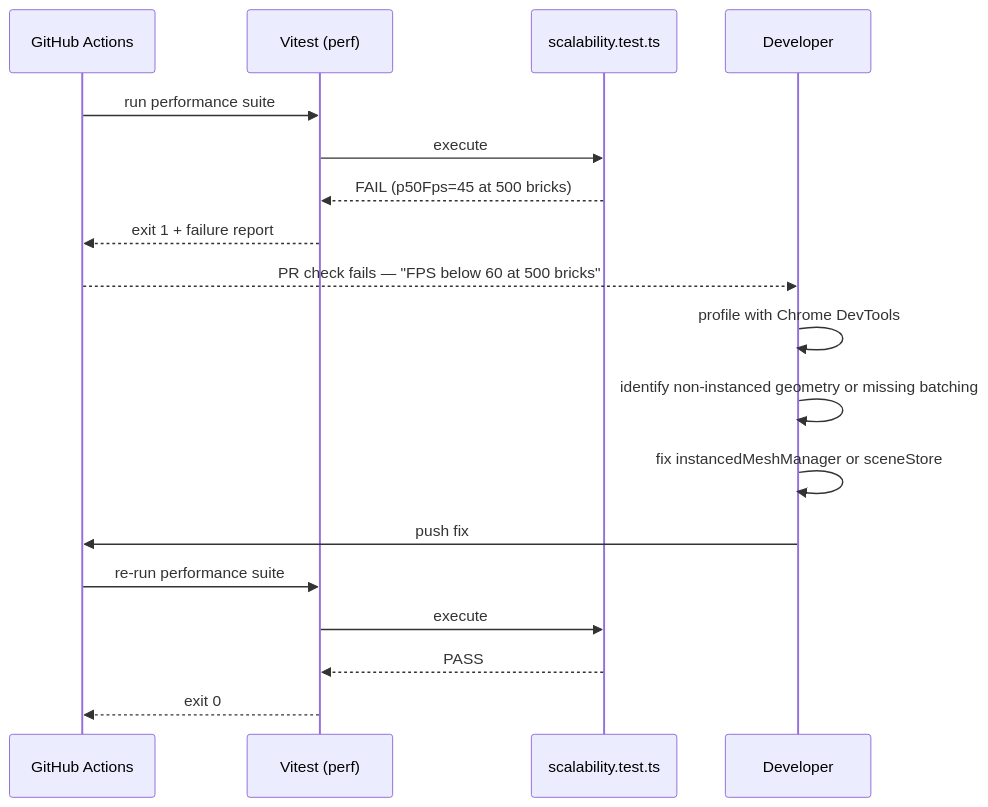
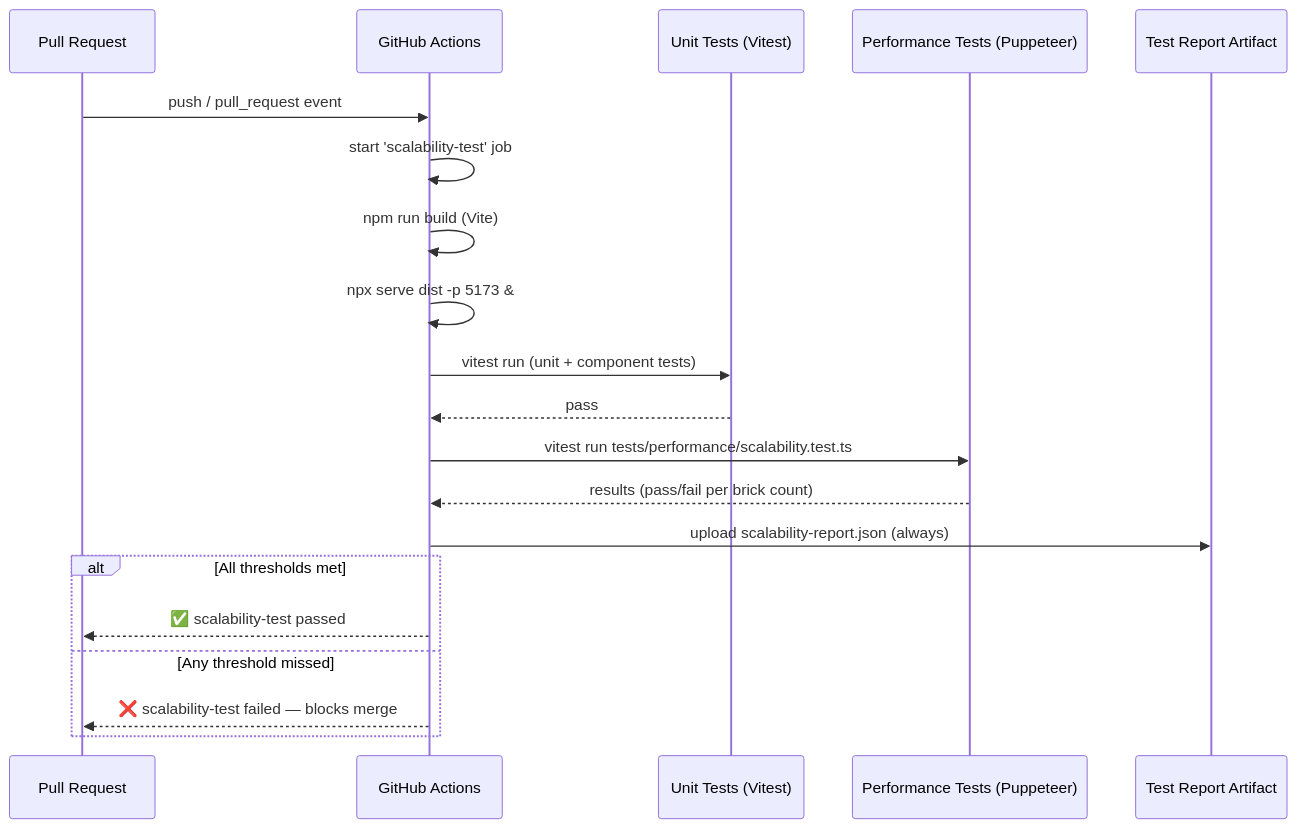
The third of 3 diagrams in docs/features/NFR-SCALE-001/LOW_LEVEL_DESIGN.md (sreenivasmrpivot/legobuilder), drawn with Mermaid before and after one commit. The commit also changed other lines of this file, not shown here.

First line of the commit message:
docs: LLD for NFR-SCALE-001 — Validate scene supports up to 500 bricks without performance degradation

````diff
--- a/docs/features/NFR-SCALE-001/LOW_LEVEL_DESIGN.md
+++ b/docs/features/NFR-SCALE-001/LOW_LEVEL_DESIGN.md
@@ -253,22 +432,23 @@
 ```mermaid
 sequenceDiagram
+    participant PR as Pull Request
     participant CI as GitHub Actions
-    participant Vitest as Vitest (perf)
-    participant Test as scalability.test.ts
-    participant Dev as Developer
+    participant Unit as Unit Tests (Vitest)
+    participant Perf as Performance Tests (Puppeteer)
+    participant Report as Test Report Artifact
 
-    CI->>Vitest: run performance suite
-    Vitest->>Test: execute
-    Test-->>Vitest: FAIL (p50Fps=45 at 500 bricks)
-    Vitest-->>CI: exit 1 + failure report
-    CI-->>Dev: PR check fails — "FPS below 60 at 500 bricks"
-
-    Dev->>Dev: profile with Chrome DevTools
-    Dev->>Dev: identify non-instanced geometry or missing batching
-    Dev->>Dev: fix instancedMeshManager or sceneStore
-    Dev->>CI: push fix
-    CI->>Vitest: re-run performance suite
-    Vitest->>Test: execute
-    Test-->>Vitest: PASS
-    Vitest-->>CI: exit 0
+    PR->>CI: push / pull_request event
+    CI->>CI: start 'scalability-test' job
+    CI->>CI: npm run build (Vite)
+    CI->>CI: npx serve dist -p 5173 &
+    CI->>Unit: vitest run (unit + component tests)
+    Unit-->>CI: pass
+    CI->>Perf: vitest run tests/performance/scalability.test.ts
+    Perf-->>CI: results (pass/fail per brick count)
+    CI->>Report: upload scalability-report.json (always)
+    alt All thresholds met
+        CI-->>PR: ✅ scalability-test passed
+    else Any threshold missed
+        CI-->>PR: ❌ scalability-test failed — blocks merge
+    end
 ```
````
